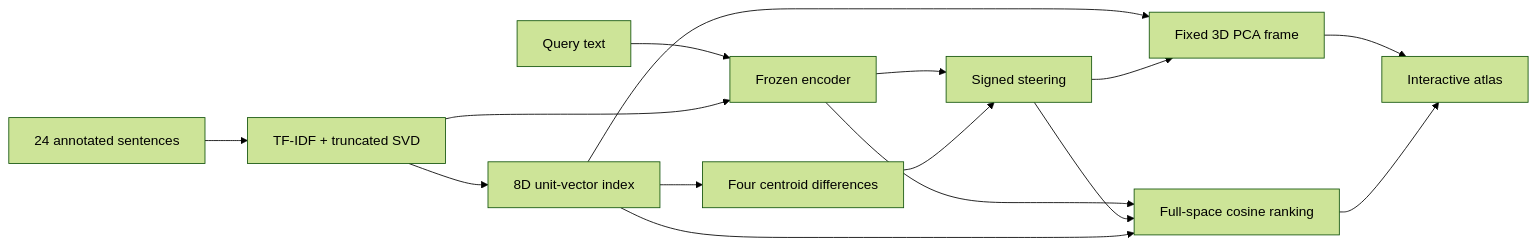
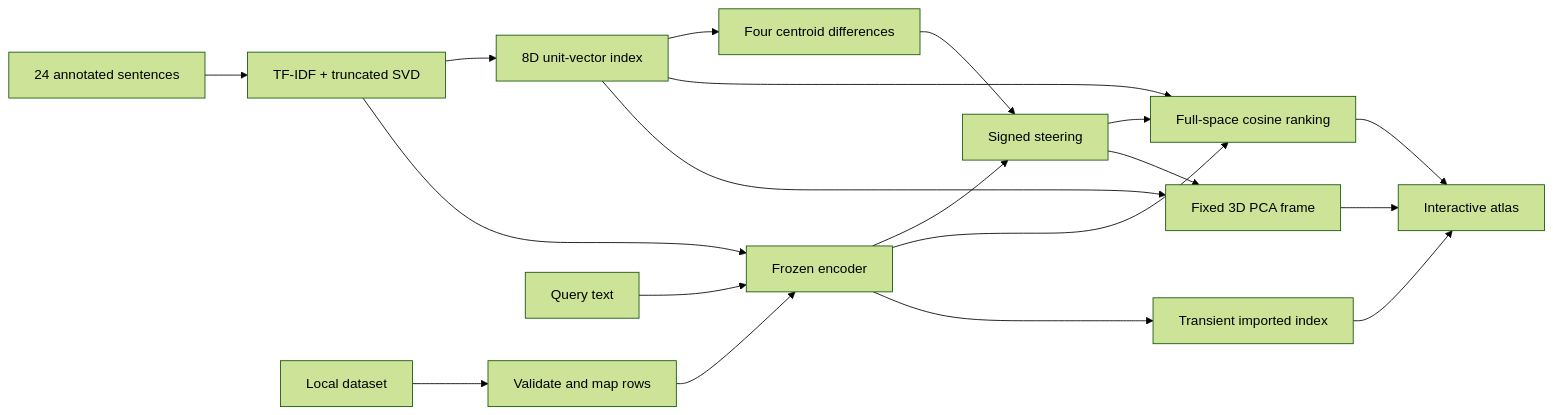
The diagram in README.md (skandamp-sudo/EIDOLON-VECTOR-X), drawn with Mermaid (forest theme) before and after one commit. The commit also changed other lines of this file and 22 other files, not shown here.

````diff
--- a/README.md
+++ b/README.md
@@ -13,17 +13,21 @@
 ```mermaid
 flowchart LR
     Corpus[24 annotated sentences] --> Fit[TF-IDF + truncated SVD]
     Fit --> Index[8D unit-vector index]
+    File[Local dataset] --> Parse[Validate and map rows]
+    Parse --> Encode
     Text[Query text] --> Encode[Frozen encoder]
     Fit --> Encode
     Index --> Directions[Four centroid differences]
     Encode --> Warp[Signed steering]
     Directions --> Warp
     Encode --> Rank[Full-space cosine ranking]
     Warp --> Rank
     Index --> Rank
     Index --> PCA[Fixed 3D PCA frame]
     Warp --> PCA
     PCA --> UI[Interactive atlas]
     Rank --> UI
+    Encode --> Private[Transient imported index]
+    Private --> UI
 ```
````
